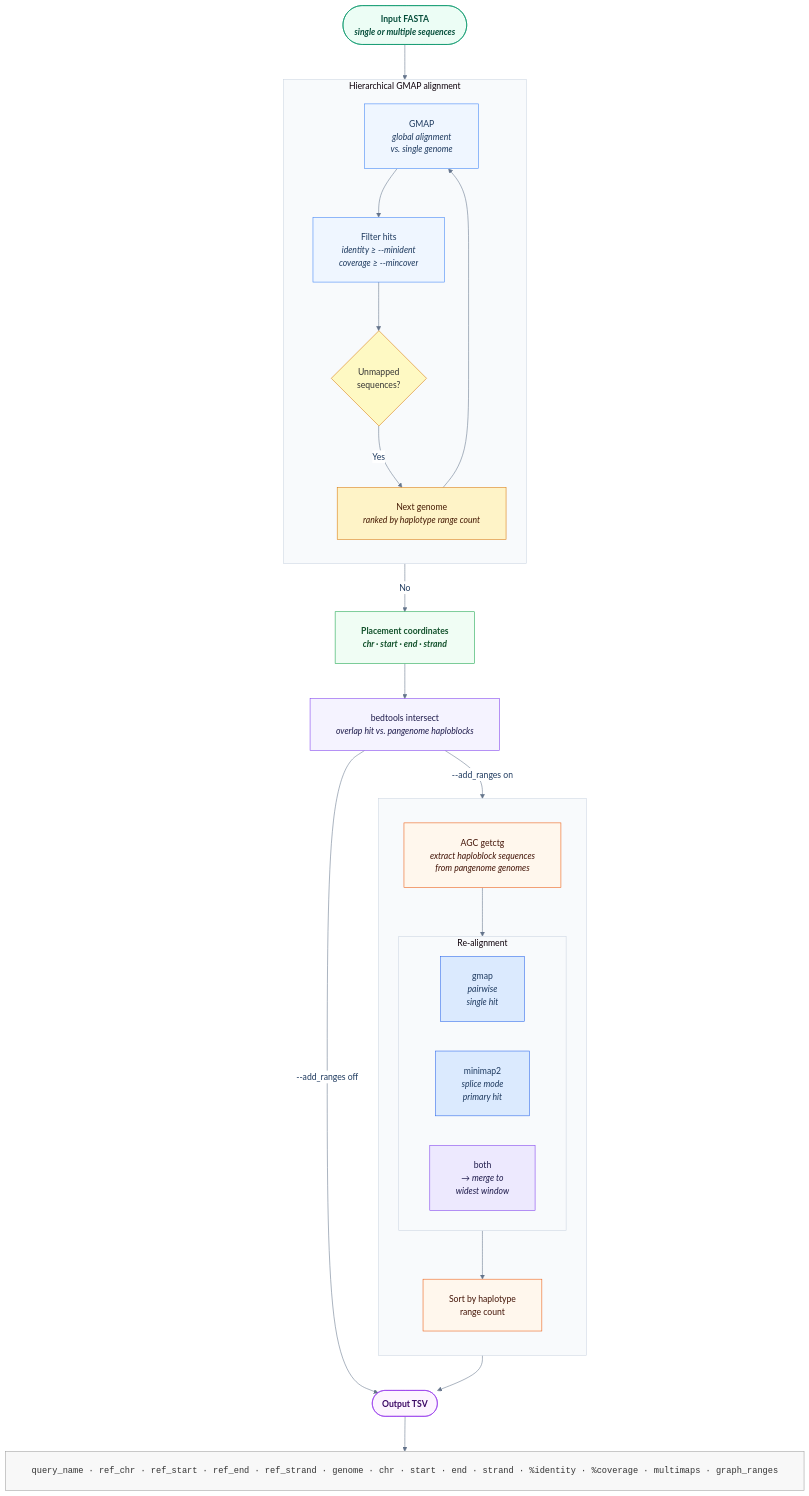
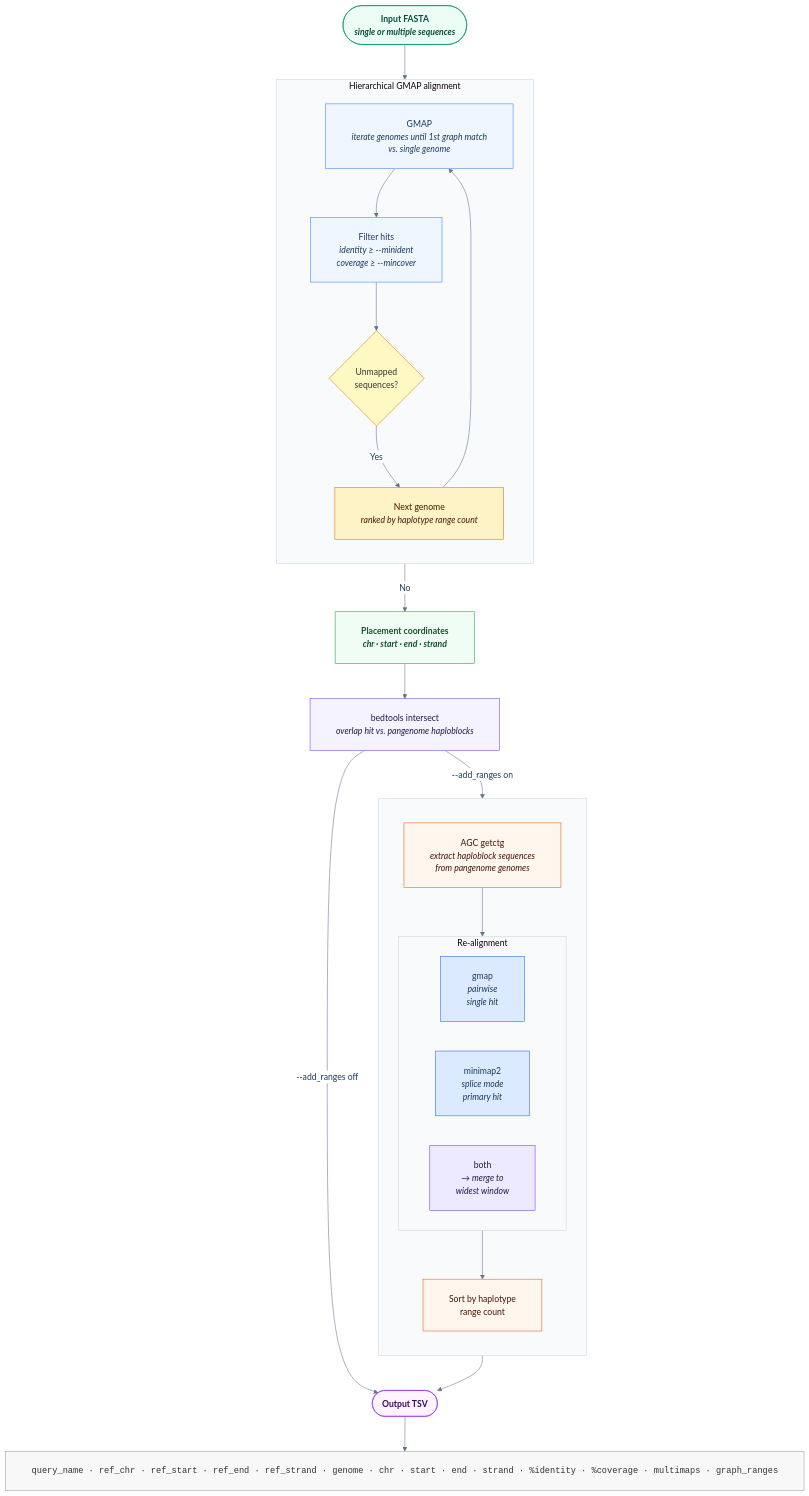
One commit to eead-csic-compbio/barleygraph changed the diagram in miscellaneous/align2graph_workflow.mmd. Above: the diagram before and after it, drawn with Mermaid.

Commit message:
not a global alignment according to standard definition

```diff
--- a/miscellaneous/align2graph_workflow.mmd
+++ b/miscellaneous/align2graph_workflow.mmd
@@ -1,84 +1,84 @@
 %%{init: {
   "theme": "base",
   "themeVariables": {
     "fontFamily": "Helvetica Neue, Helvetica, Arial, sans-serif",
     "fontSize": "16px",
     "primaryColor":        "#DBEAFE",
     "primaryTextColor":    "#1e3a5f",
     "primaryBorderColor":  "#3B82F6",
     "lineColor":           "#64748B",
     "secondaryColor":      "#FEF9C3",
     "tertiaryColor":       "#F0FDF4",
     "background":          "#ffffff",
     "clusterBkg":          "#F8FAFC",
     "clusterBorder":       "#CBD5E1",
     "edgeLabelBackground": "#ffffff"
   },
   "flowchart": {
     "curve": "basis",
     "padding": 24,
     "nodeSpacing": 55,
     "rankSpacing": 65,
     "diagramPadding": 40,
     "wrappingWidth": 3000
   }
 }}%%
 
 flowchart TD
 
     FASTA(["Input FASTA<br/><i>single or multiple sequences</i>"])
 
     subgraph LOOP ["Hierarchical GMAP alignment"]
         direction TB
-        GMAP["GMAP<br/><i>global alignment<br/>vs. single genome</i>"]
+        GMAP["GMAP<br/><i>iterate genomes until 1st graph match<br/>vs. single genome</i>"]
         FILTER["Filter hits<br/><i>identity ≥ --minident<br/>coverage ≥ --mincover</i>"]
         UNMAPPED{"Unmapped<br/>sequences?"}
         NEXTG["Next genome<br/><i>ranked by haplotype range count</i>"]
         GMAP --> FILTER --> UNMAPPED
         UNMAPPED -- "Yes" --> NEXTG --> GMAP
     end
 
     MATCHED["Placement coordinates<br/><i>chr · start · end · strand</i>"]
 
     BEDTOOLS["bedtools intersect<br/><i>overlap hit vs. pangenome haploblocks</i>"]
 
     subgraph ADDRANGES ["  "]
         direction TB
         EXTRACT["AGC getctg<br/><i>extract haploblock sequences<br/>from pangenome genomes</i>"]
 
         subgraph ALIGNER ["Re-alignment"]
             direction LR
             GMAP2["gmap<br/><i>pairwise<br/>single hit</i>"]
             MM2["minimap2<br/><i>splice mode<br/>primary hit</i>"]
             BOTH["both<br/><i>→ merge to<br/>widest window</i>"]
         end
 
         SORT["Sort by haplotype<br/>range count"]
         EXTRACT --> ALIGNER --> SORT
     end
 
     TSV(["Output TSV"])
     EXAMPLE["query_name · ref_chr · ref_start · ref_end · ref_strand · genome · chr · start · end · strand · %identity · %coverage · multimaps · graph_ranges"]
 
     FASTA      --> LOOP
     UNMAPPED   -- "No" --> MATCHED
     MATCHED    --> BEDTOOLS
     BEDTOOLS   -- "--add_ranges off" --> TSV
     BEDTOOLS   -- "--add_ranges on" --> EXTRACT
     SORT       --> TSV
     TSV        --> EXAMPLE
 
     style FASTA      fill:#ECFDF5,stroke:#059669,color:#064E3B,font-weight:bold
     style GMAP       fill:#EFF6FF,stroke:#3B82F6,color:#1e3a5f
     style FILTER     fill:#EFF6FF,stroke:#3B82F6,color:#1e3a5f
     style UNMAPPED   fill:#FEF9C3,stroke:#D97706,color:#333
     style NEXTG      fill:#FEF3C7,stroke:#D97706,color:#451A03
     style MATCHED    fill:#F0FDF4,stroke:#16A34A,color:#14532D,font-weight:bold
     style BEDTOOLS   fill:#F5F3FF,stroke:#7C3AED,color:#1e1b4b
     style EXTRACT    fill:#FFF7ED,stroke:#EA580C,color:#431407
     style GMAP2      fill:#DBEAFE,stroke:#2563EB,color:#1e3a5f
     style MM2        fill:#DBEAFE,stroke:#2563EB,color:#1e3a5f
     style BOTH       fill:#EDE9FE,stroke:#7C3AED,color:#1e1b4b
     style SORT       fill:#FFF7ED,stroke:#EA580C,color:#431407
     style TSV        fill:#FDF4FF,stroke:#9333EA,color:#3b0764,font-weight:bold
     style EXAMPLE    fill:#F8F8F8,stroke:#9E9E9E,color:#333,font-family:monospace
```
